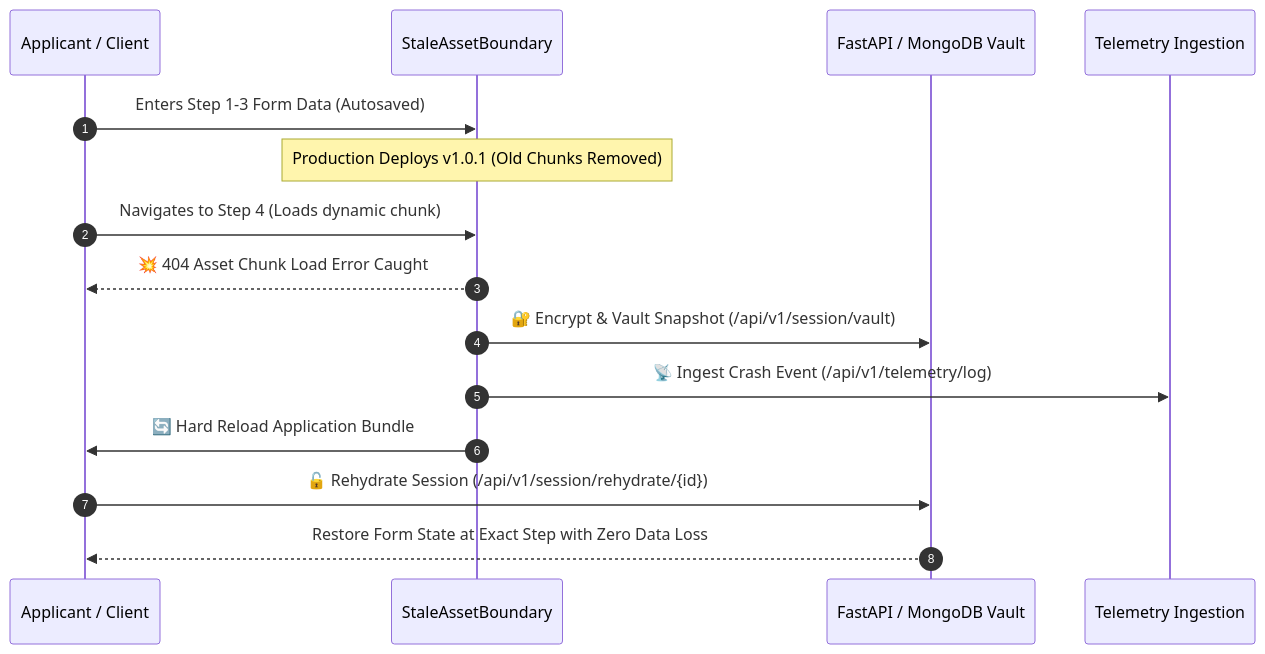
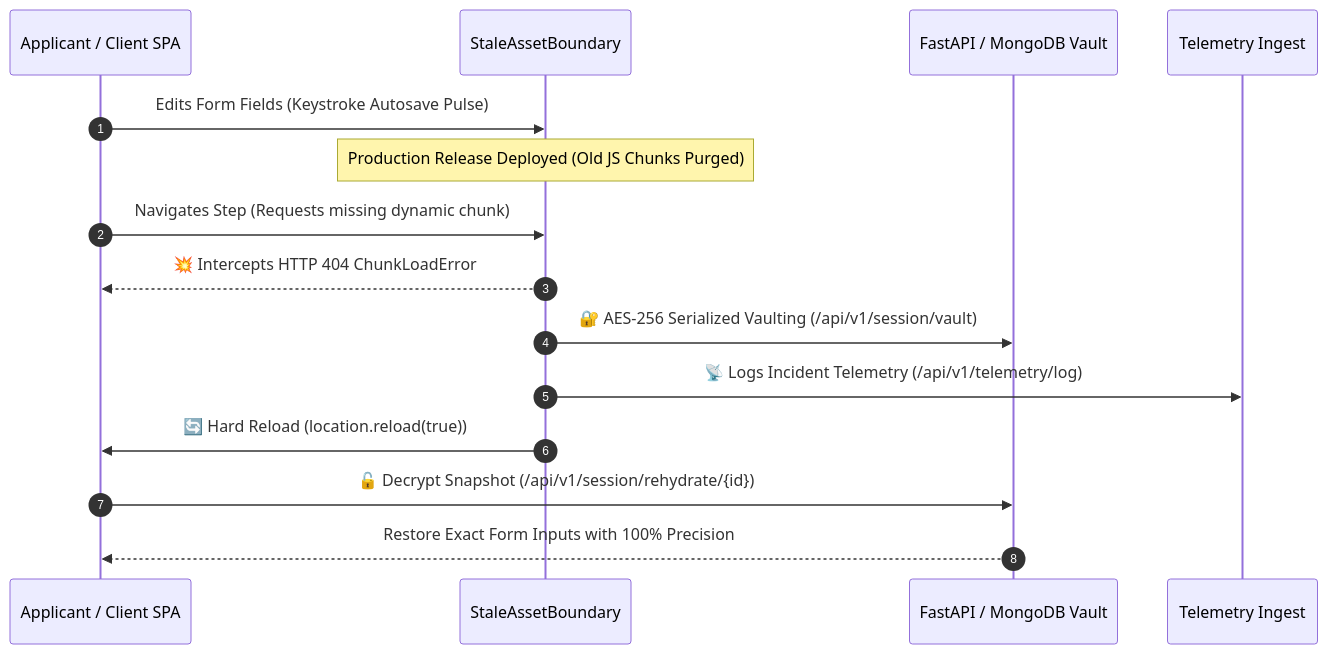
The diagram in README.md (12402040601079-hub/continuum-engine), drawn with Mermaid before and after one commit. The commit also changed other lines of this file, not shown here.

Commit message:
docs: update README.md with 3D Dream Layout Architecture, Gemini AI Drawer, and test metrics

````diff
--- a/README.md
+++ b/README.md
@@ -45,18 +47,18 @@
 ```mermaid
 sequenceDiagram
     autonumber
-    participant User as Applicant / Client
+    participant User as Applicant / Client SPA
     participant Boundary as StaleAssetBoundary
     participant Vault as FastAPI / MongoDB Vault
-    participant Telemetry as Telemetry Ingestion
+    participant Telemetry as Telemetry Ingest
 
-    User->>Boundary: Enters Step 1-3 Form Data (Autosaved)
-    Note over Boundary: Production Deploys v1.0.1 (Old Chunks Removed)
-    User->>Boundary: Navigates to Step 4 (Loads dynamic chunk)
-    Boundary-->>User: 💥 404 Asset Chunk Load Error Caught
-    Boundary->>Vault: 🔐 Encrypt & Vault Snapshot (/api/v1/session/vault)
-    Boundary->>Telemetry: 📡 Ingest Crash Event (/api/v1/telemetry/log)
-    Boundary->>User: 🔄 Hard Reload Application Bundle
-    User->>Vault: 🔓 Rehydrate Session (/api/v1/session/rehydrate/{id})
-    Vault-->>User: Restore Form State at Exact Step with Zero Data Loss
+    User->>Boundary: Edits Form Fields (Keystroke Autosave Pulse)
+    Note over Boundary: Production Release Deployed (Old JS Chunks Purged)
+    User->>Boundary: Navigates Step (Requests missing dynamic chunk)
+    Boundary-->>User: 💥 Intercepts HTTP 404 ChunkLoadError
+    Boundary->>Vault: 🔐 AES-256 Serialized Vaulting (/api/v1/session/vault)
+    Boundary->>Telemetry: 📡 Logs Incident Telemetry (/api/v1/telemetry/log)
+    Boundary->>User: 🔄 Hard Reload (location.reload(true))
+    User->>Vault: 🔓 Decrypt Snapshot (/api/v1/session/rehydrate/{id})
+    Vault-->>User: Restore Exact Form Inputs with 100% Precision
 ```
````
